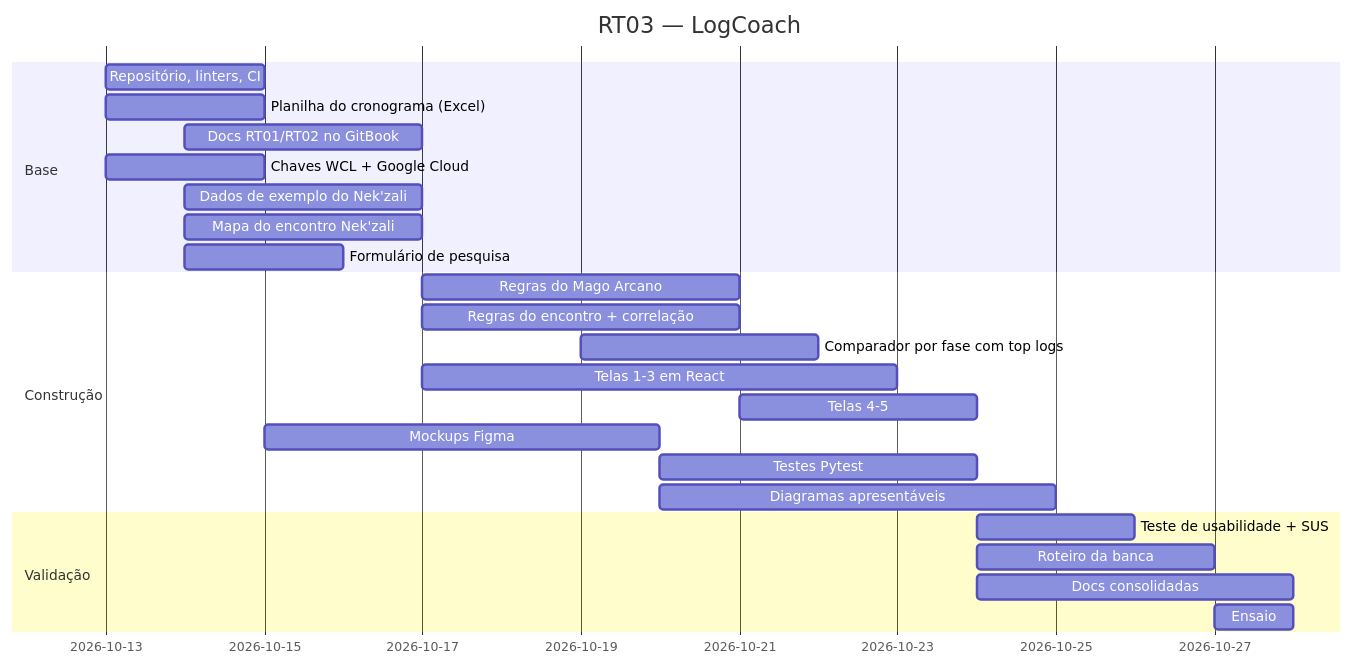
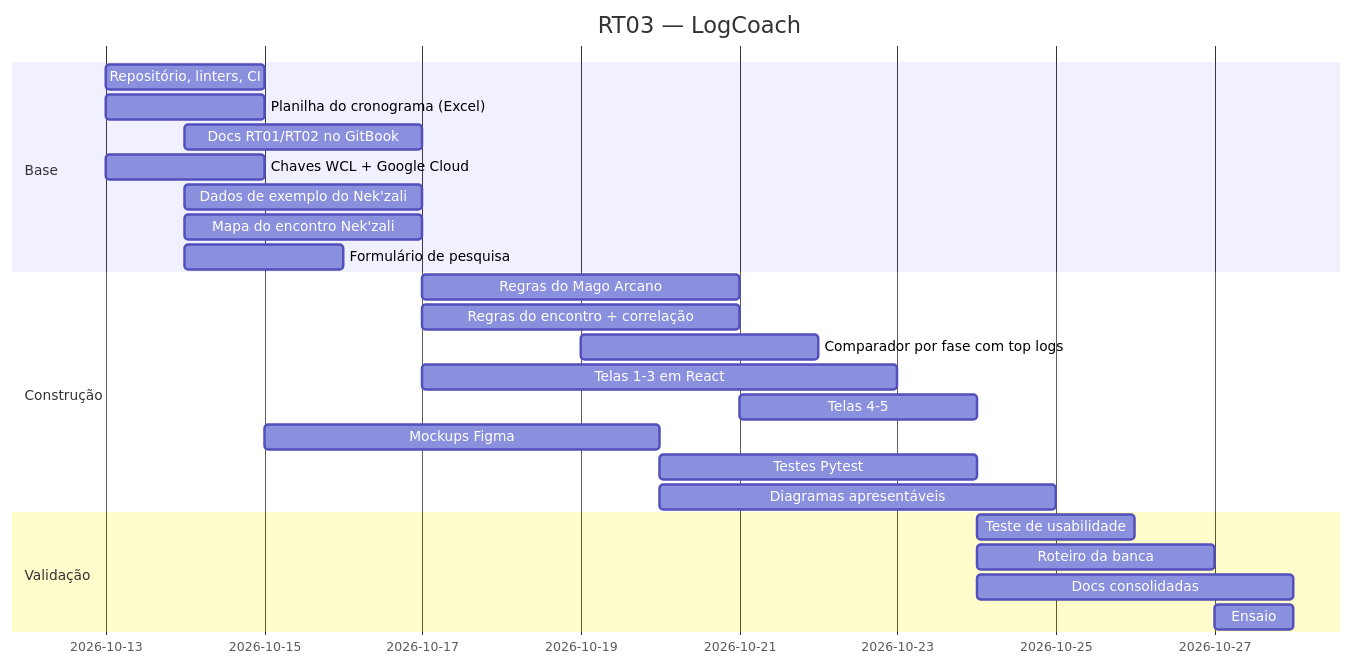
The diagram in docs/06-planejamento-de-tarefas.md (jp4inbr/LogCoach), drawn with Mermaid before and after one commit. The commit also changed other lines of this file and 12 other files, not shown here.

First line of the commit message:
docs: teste com usuários sem SUS, coach com IA no Pro, bugs, guia de uso e link

````diff
--- a/docs/06-planejamento-de-tarefas.md
+++ b/docs/06-planejamento-de-tarefas.md
@@ -37,27 +37,27 @@
 ```mermaid
 gantt
     dateFormat  YYYY-MM-DD
     title RT03 — LogCoach
     section Base
     Repositório, linters, CI          :2026-10-13, 2d
     Planilha do cronograma (Excel)    :2026-10-13, 2d
     Docs RT01/RT02 no GitBook         :2026-10-14, 3d
     Chaves WCL + Google Cloud         :2026-10-13, 2d
     Dados de exemplo do Nek'zali      :2026-10-14, 3d
     Mapa do encontro Nek'zali         :2026-10-14, 3d
     Formulário de pesquisa            :2026-10-14, 2d
     section Construção
     Regras do Mago Arcano             :2026-10-17, 4d
     Regras do encontro + correlação   :2026-10-17, 4d
     Comparador por fase com top logs  :2026-10-19, 3d
     Telas 1-3 em React                :2026-10-17, 6d
     Telas 4-5                         :2026-10-21, 3d
     Mockups Figma                     :2026-10-15, 5d
     Testes Pytest                     :2026-10-20, 4d
     Diagramas apresentáveis           :2026-10-20, 5d
     section Validação
-    Teste de usabilidade + SUS        :2026-10-24, 2d
+    Teste de usabilidade              :2026-10-24, 2d
     Roteiro da banca                  :2026-10-24, 3d
     Docs consolidadas                 :2026-10-24, 4d
     Ensaio                            :2026-10-27, 1d
 ```
````
